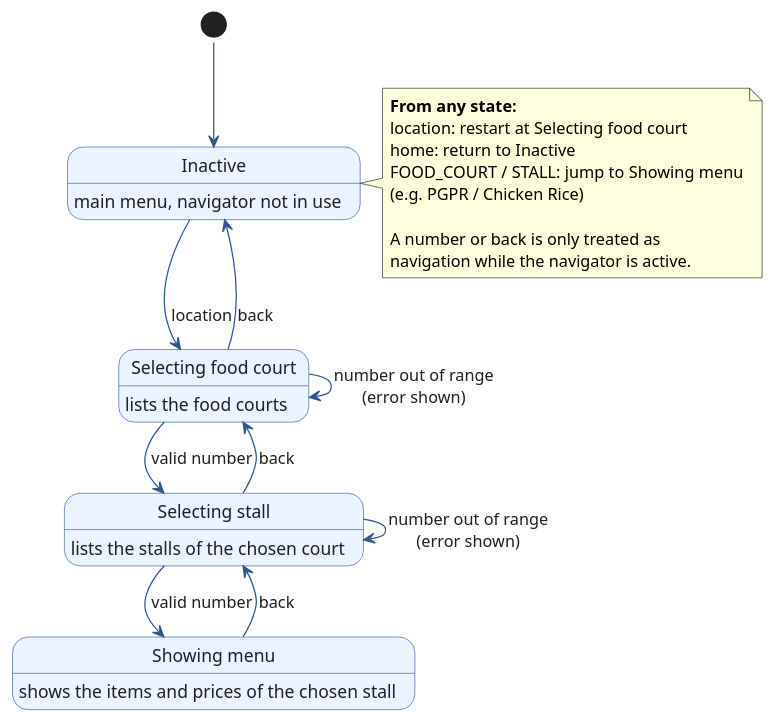
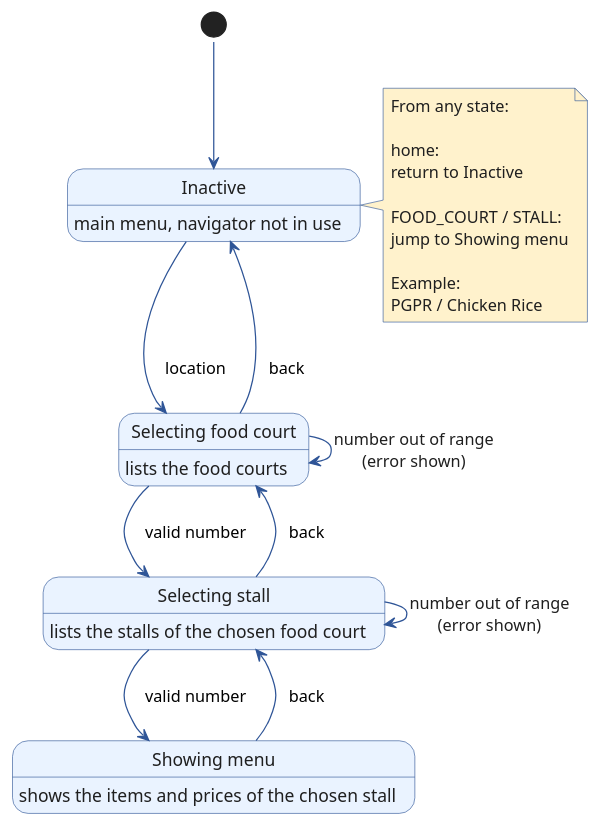
Before and after one commit to AY2627S1-CS2113-W10-3/tp: the diagram in docs/diagrams/NavigationStateDiagram.puml, drawn with PlantUML. The commit also changed other lines of this file, not shown here.

Commit message:
Slight visual update to NavigationStateDiagram.puml

```diff
--- a/docs/diagrams/NavigationStateDiagram.puml
+++ b/docs/diagrams/NavigationStateDiagram.puml
@@ -1,43 +1,77 @@
 @startuml
 !pragma layout smetana
 hide empty description
+
 skinparam shadowing false
+
 skinparam state {
     BackgroundColor #EAF3FF
     BorderColor #2F5597
     FontColor #1F1F1F
     FontSize 14
     RoundCorner 15
 }
+
 skinparam ArrowColor #2F5597
 skinparam ArrowFontColor #1F1F1F
 
+skinparam noteBackgroundColor transparent
+skinparam noteBorderColor transparent
+skinparam noteBackgroundColor<<Info>> #FFF2CC
+skinparam noteBorderColor<<Info>> #2F5597
+skinparam noteFontColor<<Info>> #1F1F1F
+
 state "Inactive" as INACTIVE : main menu, navigator not in use
 state "Selecting food court" as SELECTING_LOCATION : lists the food courts
-state "Selecting stall" as SELECTING_STALL : lists the stalls of the chosen court
+state "Selecting stall" as SELECTING_STALL : lists the stalls of the chosen food court
 state "Showing menu" as SHOWING_MENU : shows the items and prices of the chosen stall
 
 [*] --> INACTIVE
 
-INACTIVE --> SELECTING_LOCATION : location
-SELECTING_LOCATION --> SELECTING_STALL : valid number
-SELECTING_STALL --> SHOWING_MENU : valid number
+INACTIVE --> SELECTING_LOCATION
+note left on link
+location
+end note
 
-SHOWING_MENU --> SELECTING_STALL : back
-SELECTING_STALL --> SELECTING_LOCATION : back
-SELECTING_LOCATION --> INACTIVE : back
+SELECTING_LOCATION --> INACTIVE
+note right on link
+back
+end note
+
+SELECTING_LOCATION --> SELECTING_STALL
+note left on link
+valid number
+end note
+
+SELECTING_STALL --> SELECTING_LOCATION
+note right on link
+back
+end note
+
+SELECTING_STALL --> SHOWING_MENU
+note left on link
+valid number
+end note
+
+SHOWING_MENU --> SELECTING_STALL
+note right on link
+back
+end note
 
 SELECTING_LOCATION --> SELECTING_LOCATION : number out of range\n(error shown)
 SELECTING_STALL --> SELECTING_STALL : number out of range\n(error shown)
 
-note right of INACTIVE
-  **From any state:**
-  location: restart at Selecting food court
-  home: return to Inactive
-  FOOD_COURT / STALL: jump to Showing menu
-  (e.g. PGPR / Chicken Rice)
+note right of INACTIVE <<Info>>
+From any state:
 
-  A number or back is only treated as
-  navigation while the navigator is active.
+home:
+return to Inactive
+
+FOOD_COURT / STALL:
+jump to Showing menu
+
+Example:
+PGPR / Chicken Rice
 end note
+
 @enduml
```
